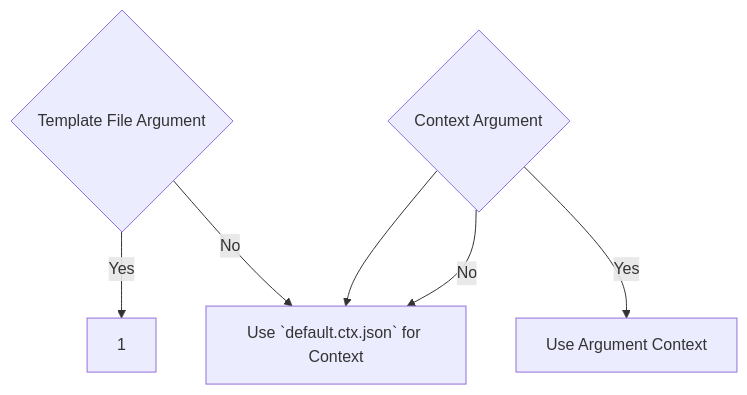
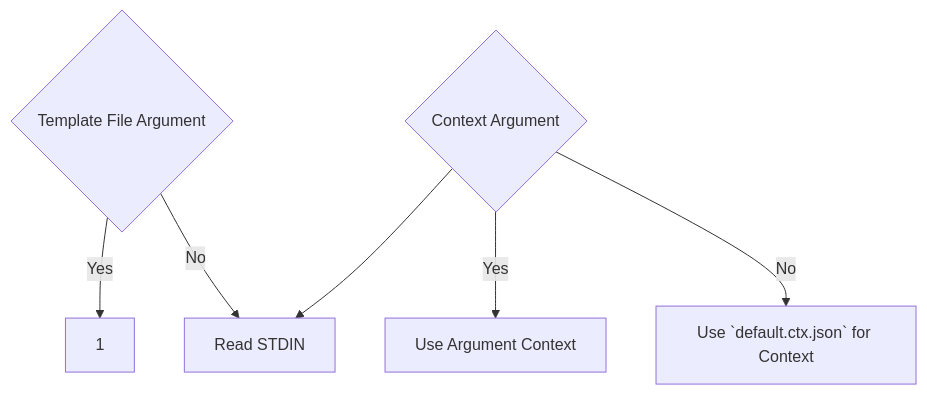
One commit to DK26/rendit changed the diagram in rfcs/00-cli.md. Above: the diagram before and after it, drawn with Mermaid.

Commit message:
CLI flowchart

````diff
--- a/rfcs/00-cli.md
+++ b/rfcs/00-cli.md
@@ -8,10 +8,10 @@
 ```mermaid
 graph TD;
     A{Template File Argument};
     A--> |Yes| B[1];
-    A--> |No| D[Read STDIN];
-    C-->D;
+    A--> |No| F[Read STDIN];
+    C-->F;
     C{Context Argument};
     C--> |Yes| E[Use Argument Context];
     C--> |No| D[Use `default.ctx.json` for Context];
 ```  
````
